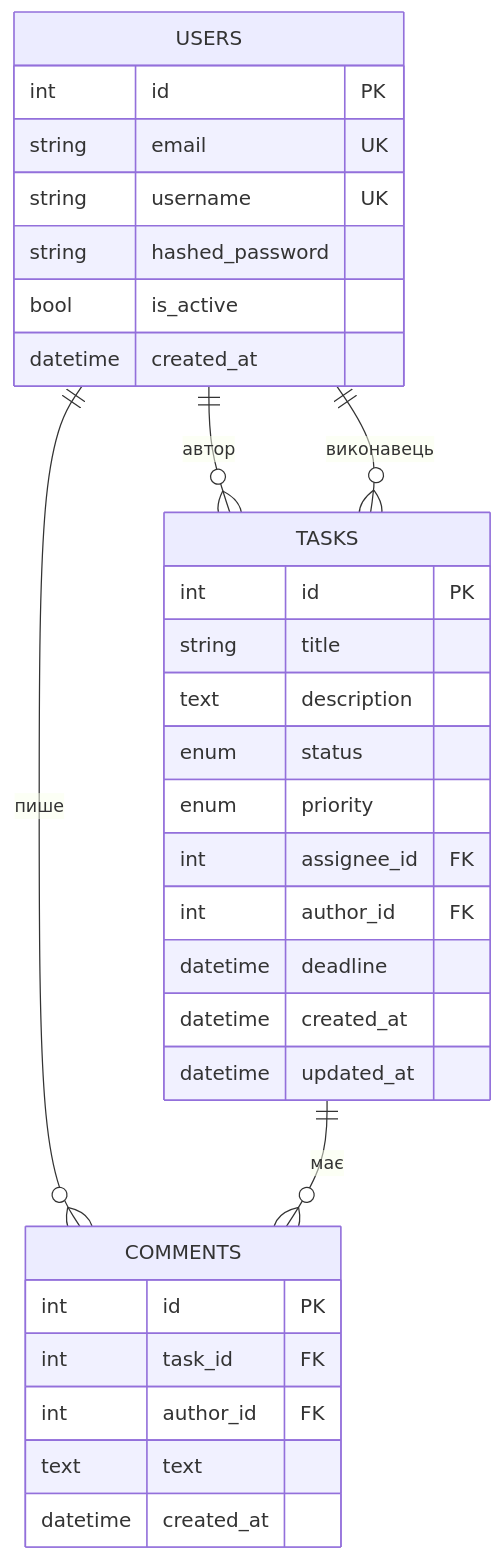
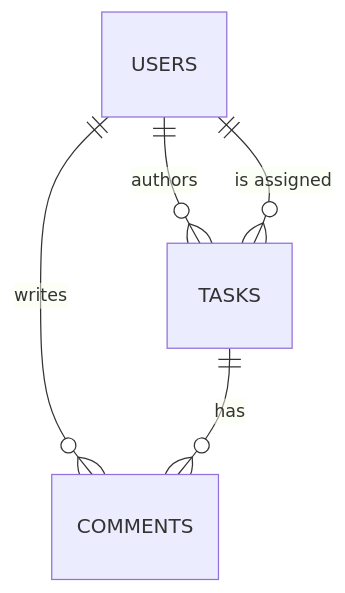
Before and after one commit to maxnykoliv/TaskManagementAPI: the second of 2 diagrams in README.md, drawn with Mermaid. The commit also changed other lines of this file, not shown here.

````diff
--- a/README.md
+++ b/README.md
@@ -263,35 +188,7 @@
 ```mermaid
 erDiagram
-    USERS ||--o{ TASKS : "автор"
-    USERS ||--o{ TASKS : "виконавець"
-    USERS ||--o{ COMMENTS : "пише"
-    TASKS ||--o{ COMMENTS : "має"
-
-    USERS {
-        int id PK
-        string email UK
-        string username UK
-        string hashed_password
-        bool is_active
-        datetime created_at
-    }
-    TASKS {
-        int id PK
-        string title
-        text description
-        enum status
-        enum priority
-        int assignee_id FK
-        int author_id FK
-        datetime deadline
-        datetime created_at
-        datetime updated_at
-    }
-    COMMENTS {
-        int id PK
-        int task_id FK
-        int author_id FK
-        text text
-        datetime created_at
-    }
+    USERS ||--o{ TASKS : authors
+    USERS ||--o{ TASKS : "is assigned"
+    USERS ||--o{ COMMENTS : writes
+    TASKS ||--o{ COMMENTS : has
 ```
````
